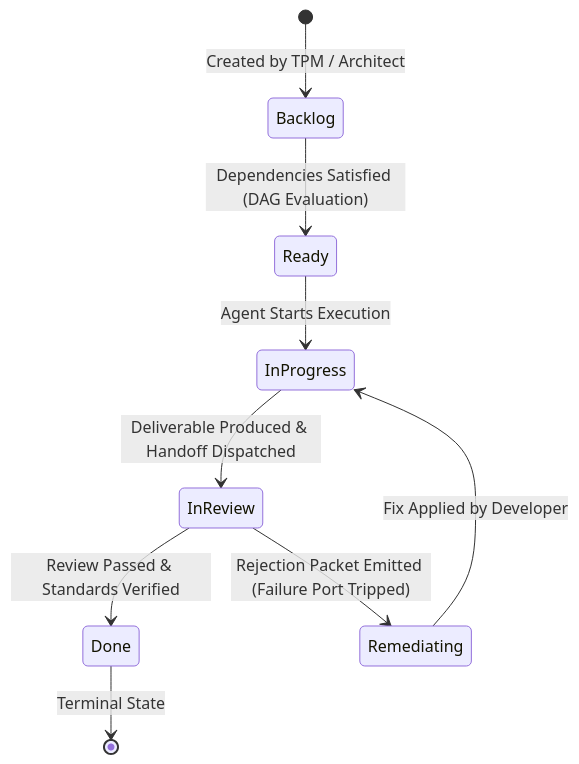
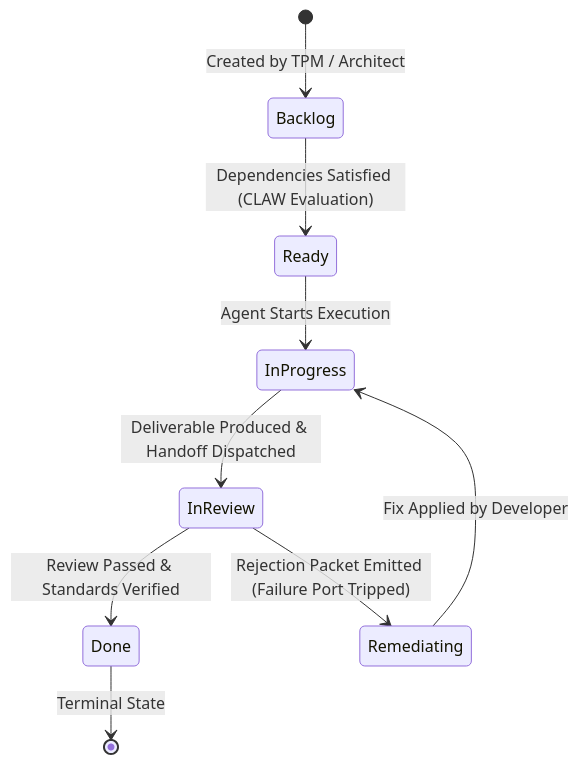
Before and after one commit to chadahoochie/carnot-cycle-circus: the second of 2 diagrams in docs/architecture/ticket-system.md, drawn with Mermaid. The commit also changed other lines of this file and 46 other files, not shown here.

````diff
--- a/docs/architecture/ticket-system.md
+++ b/docs/architecture/ticket-system.md
@@ -62,11 +62,11 @@
 ```mermaid
 stateDiagram-v2
     [*] --> Backlog: Created by TPM / Architect
-    Backlog --> Ready: Dependencies Satisfied (DAG Evaluation)
+    Backlog --> Ready: Dependencies Satisfied (CLAW Evaluation)
     Ready --> InProgress: Agent Starts Execution
     InProgress --> InReview: Deliverable Produced & Handoff Dispatched
     InReview --> Done: Review Passed & Standards Verified
     InReview --> Remediating: Rejection Packet Emitted (Failure Port Tripped)
     Remediating --> InProgress: Fix Applied by Developer
     Done --> [*]: Terminal State
 ```
````
